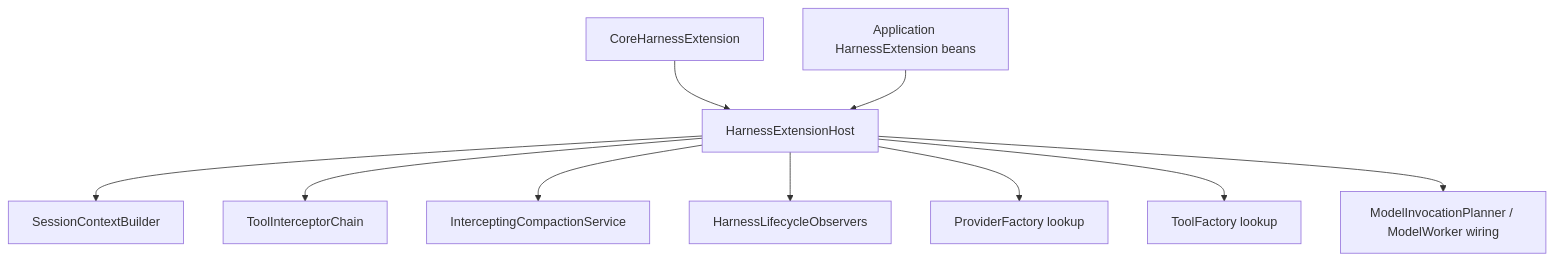
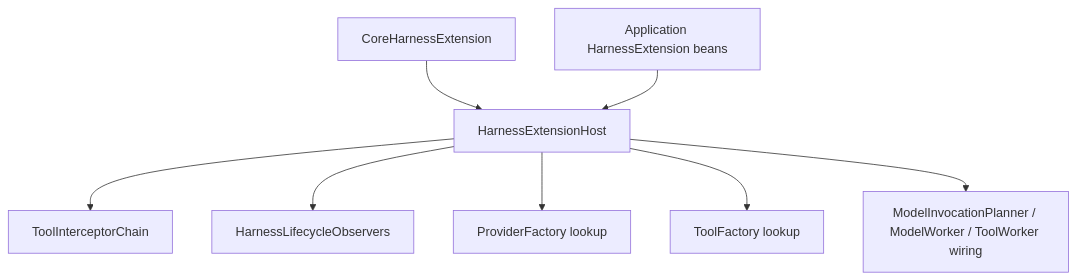
Before and after one commit to fengwk/kk-studio: the diagram in docs/technical-solution/harness-extensions.md, drawn with Mermaid. The commit also changed other lines of this file and 27 other files, not shown here.

Commit message:
docs(harness): align architecture and rebuild workflow

````diff
--- a/docs/technical-solution/harness-extensions.md
+++ b/docs/technical-solution/harness-extensions.md
@@ -133,12 +96,10 @@
 ```mermaid
 flowchart TD
     A[CoreHarnessExtension] --> H[HarnessExtensionHost]
     B[Application HarnessExtension beans] --> H
-    H --> C[SessionContextBuilder]
     H --> E[ToolInterceptorChain]
-    H --> F[InterceptingCompactionService]
     H --> G[HarnessLifecycleObservers]
     H --> P[ProviderFactory lookup]
     H --> T[ToolFactory lookup]
-    H --> M[ModelInvocationPlanner / ModelWorker wiring]
+    H --> M[ModelInvocationPlanner / ModelWorker / ToolWorker wiring]
 ```
````
